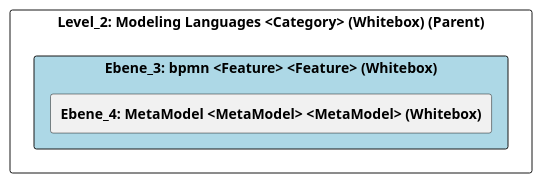
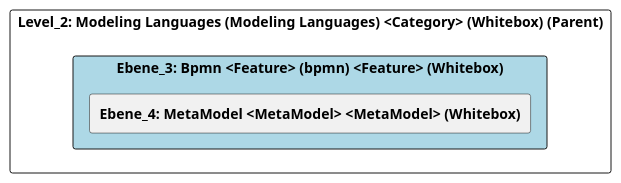
The diagram in doc/cleonproject_deliverables_architecture_model_architecture/adoc/de/05_bausteinsicht/cleon/modeling_languages/bpmn/ebene_3_bpmn.adoc (marcozwyssig/cleon), drawn with PlantUML before and after one commit. The commit also changed other lines of this file and 166 other files, not shown here.

```diff
--- a/doc/cleonproject_deliverables_architecture_model_architecture/adoc/de/05_bausteinsicht/cleon/modeling_languages/bpmn/ebene_3_bpmn.adoc
+++ b/doc/cleonproject_deliverables_architecture_model_architecture/adoc/de/05_bausteinsicht/cleon/modeling_languages/bpmn/ebene_3_bpmn.adoc
@@ -20,26 +20,26 @@
-[plantuml, Ebene_3: bpmn <Feature> <Feature> (Whitebox)BlockOverview, format="svg"]
+[plantuml, Ebene_3: Bpmn <Feature> (bpmn) <Feature> (Whitebox)BlockOverview, format="svg"]
 ----
-@startuml Ebene_3: bpmn <Feature> <Feature> (Whitebox)BuildingBlockOverview
+@startuml Ebene_3: Bpmn <Feature> (bpmn) <Feature> (Whitebox)BuildingBlockOverview
 
 skinparam ranksep 10
 skinparam componentStyle rectangle
 skinparam shadowing false
 skinparam arrowColor lightblue
 skinparam arrowThickness 1.2
 skinparam rectangle {
   BackgroundColor White
   BorderColor #333
   RoundCorner 10
 }
 top to bottom direction
 
-component "Level_2: Modeling Languages <Category> (Whitebox) (Parent)" {
-    component "Ebene_3: bpmn <Feature> <Feature> (Whitebox)" #lightblue {
+component "Level_2: Modeling Languages (Modeling Languages) <Category> (Whitebox) (Parent)" {
+    component "Ebene_3: Bpmn <Feature> (bpmn) <Feature> (Whitebox)" #lightblue {
         [**Ebene_4: MetaModel <MetaModel> <MetaModel> (Whitebox)**] as 4A56DE51_D579_11EE_903E_9F564E4DE07E
     }
 
     
 }
 
 @enduml
 ----
```
